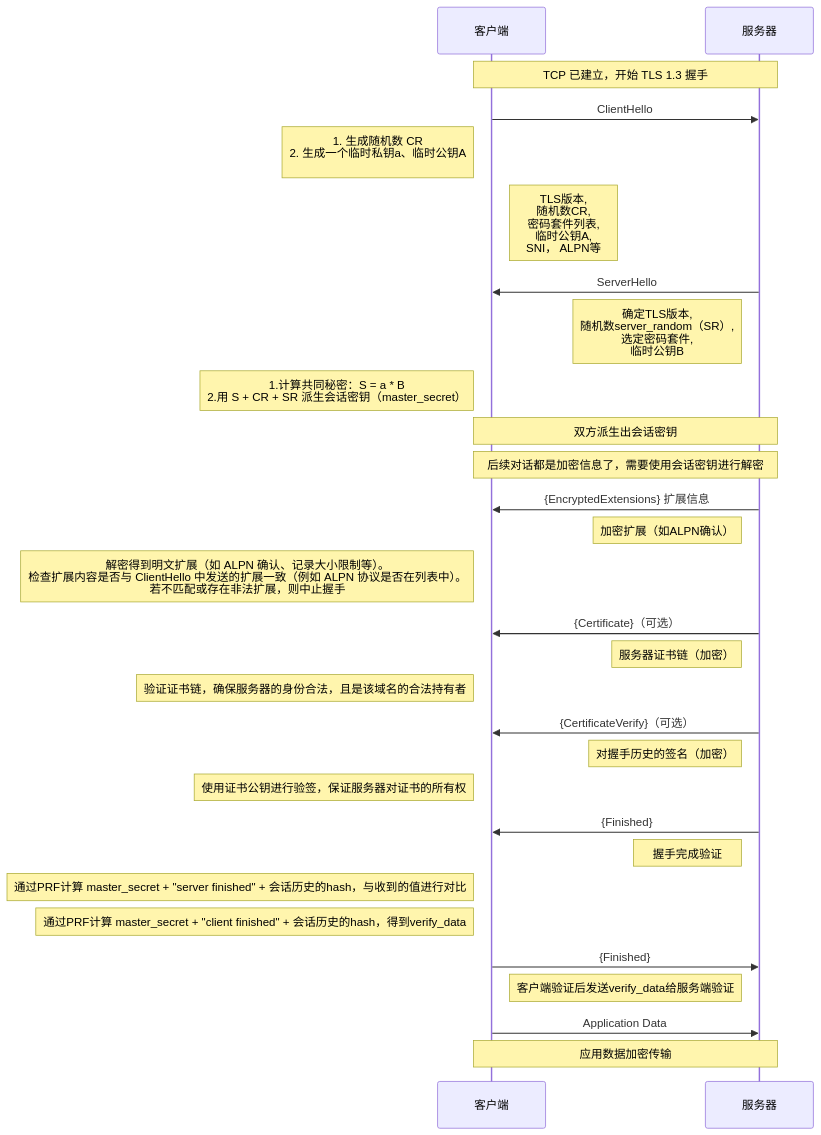
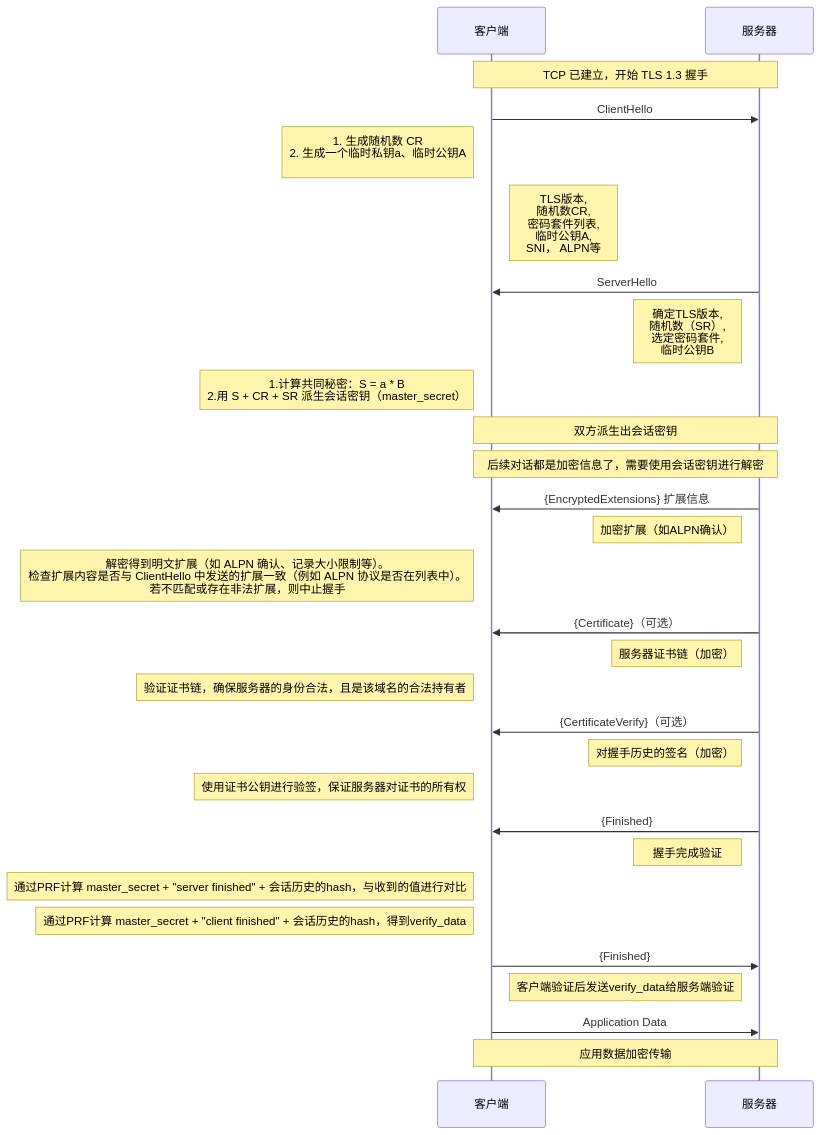
The diagram in all/TLS-1.3-通用.md (HY-10-8/iodraw-files), drawn with Mermaid before and after one commit.

Commit message:
2026-03-31 09:32:00 update

````diff
--- a/all/TLS-1.3-通用.md
+++ b/all/TLS-1.3-通用.md
@@ -1,41 +1,41 @@
 ```mermaid
 sequenceDiagram
     participant C as 客户端
     participant S as 服务器
 
     Note over C,S: TCP 已建立，开始 TLS 1.3 握手
 
     C->>S: ClientHello
     Note left of C: 1. 生成随机数 CR<br/> 2. 生成一个临时私钥a、临时公钥A<br/>
     Note right of C: TLS版本,<br/> 随机数CR,<br/> 密码套件列表,<br/> 临时公钥A,<br/> SNI， ALPN等
 
     S->>C: ServerHello
-    Note left of S: 确定TLS版本, <br/>随机数server_random（SR）,<br/> 选定密码套件, <br/>临时公钥B
+    Note left of S: 确定TLS版本, <br/>随机数（SR）,<br/> 选定密码套件, <br/>临时公钥B
     Note left of C: 1.计算共同秘密：S = a * B<br/> 2.用 S + CR + SR 派生会话密钥（master_secret）
 
     Note over C,S: 双方派生出会话密钥
     Note over C,S: 后续对话都是加密信息了，需要使用会话密钥进行解密
 
     S->>C: {EncryptedExtensions} 扩展信息
     Note left of S: 加密扩展（如ALPN确认）
     Note left of C: 解密得到明文扩展（如 ALPN 确认、记录大小限制等）。<br/>检查扩展内容是否与 ClientHello 中发送的扩展一致（例如 ALPN 协议是否在列表中）。<br/> 若不匹配或存在非法扩展，则中止握手
 
     S->>C: {Certificate}（可选）
     Note left of S: 服务器证书链（加密）
     Note left of C: 验证证书链，确保服务器的身份合法，且是该域名的合法持有者
 
     S->>C: {CertificateVerify}（可选）
     Note left of S: 对握手历史的签名（加密）
     Note left of C: 使用证书公钥进行验签，保证服务器对证书的所有权
 
     S->>C: {Finished}
     Note left of S: 握手完成验证
     Note left of C: 通过PRF计算 master_secret + "server finished" + 会话历史的hash，与收到的值进行对比
     Note left of C: 通过PRF计算 master_secret + "client finished" + 会话历史的hash，得到verify_data
 
     C->>S: {Finished}
     Note right of C: 客户端验证后发送verify_data给服务端验证
 
     C->>S: Application Data
     Note over C,S: 应用数据加密传输
 ```
````
